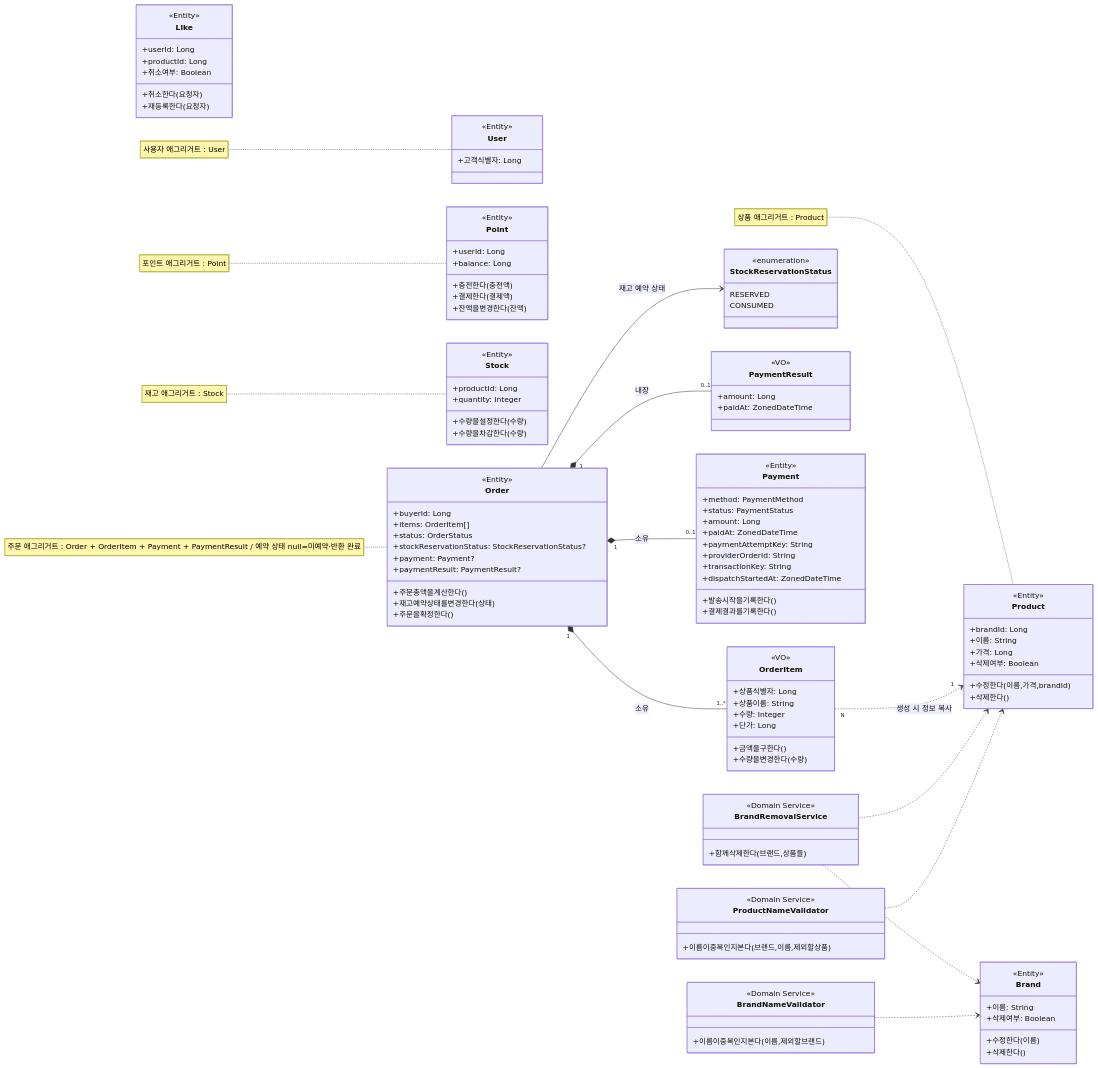
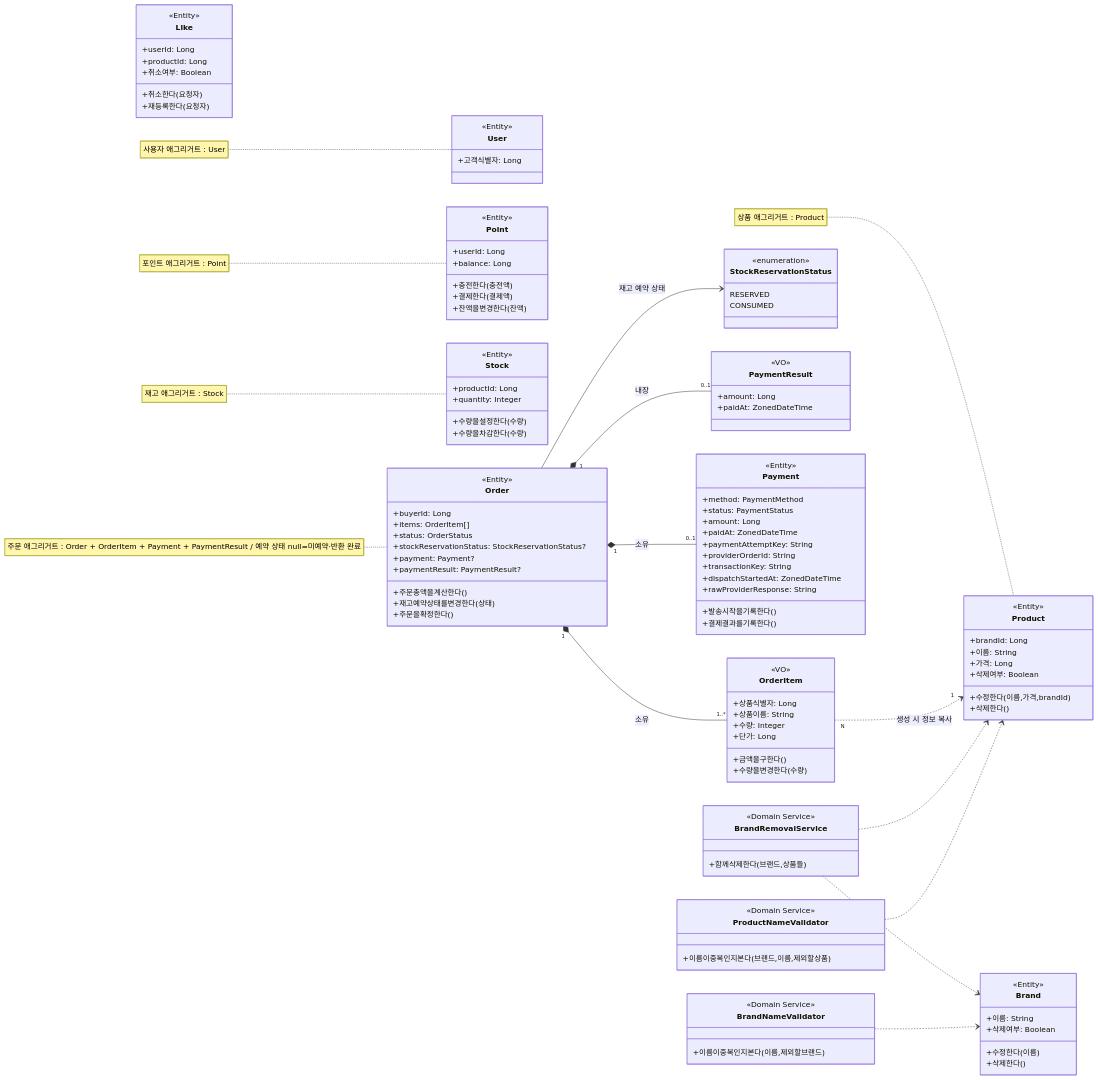
The diagram in docs/week2/domain-relations.md (jeongye01/loop-pack-be-l2-vol5-java), drawn with Mermaid before and after one commit. The commit also changed 13 other files, not shown here.

```diff
--- a/docs/week2/domain-relations.md
+++ b/docs/week2/domain-relations.md
@@ -86,6 +86,7 @@
         +providerOrderId: String
         +transactionKey: String
         +dispatchStartedAt: ZonedDateTime
+        +rawProviderResponse: String
         +발송시작을기록한다()
         +결제결과를기록한다()
     }
```
